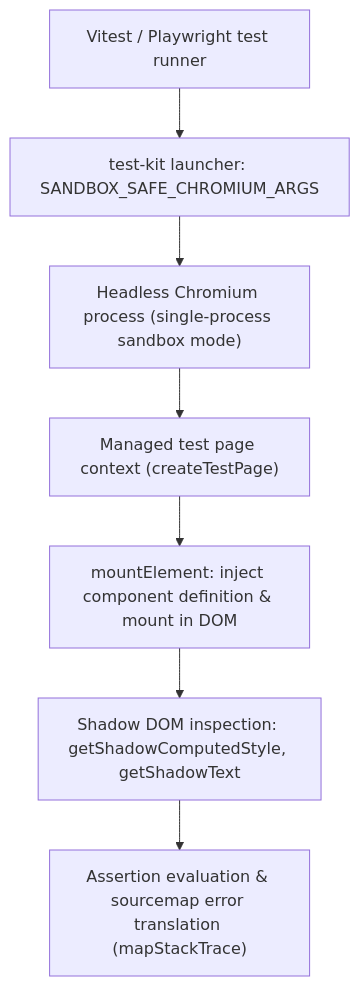
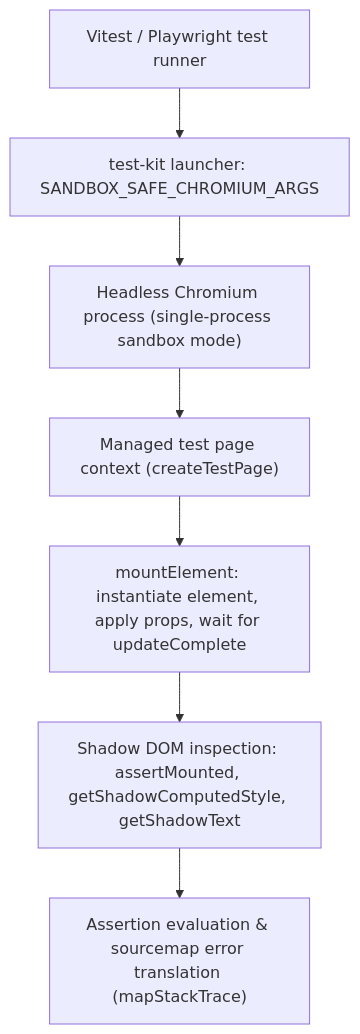
One commit to lit-core/core changed the diagram in packages/internal/test-kit/README.md. Above: the diagram before and after it, drawn with Mermaid. The commit also changed other lines of this file and 25 other files, not shown here.

````diff
--- a/packages/internal/test-kit/README.md
+++ b/packages/internal/test-kit/README.md
@@ -34,9 +32,9 @@
 ```mermaid
 flowchart TD
     A["Vitest / Playwright test runner"] --> B["test-kit launcher: SANDBOX_SAFE_CHROMIUM_ARGS"]
     B --> C["Headless Chromium process (single-process sandbox mode)"]
     C --> D["Managed test page context (createTestPage)"]
-    D --> E["mountElement: inject component definition & mount in DOM"]
-    E --> F["Shadow DOM inspection: getShadowComputedStyle, getShadowText"]
+    D --> E["mountElement: instantiate element, apply props, wait for updateComplete"]
+    E --> F["Shadow DOM inspection: assertMounted, getShadowComputedStyle, getShadowText"]
     F --> G["Assertion evaluation & sourcemap error translation (mapStackTrace)"]
 ```
````
